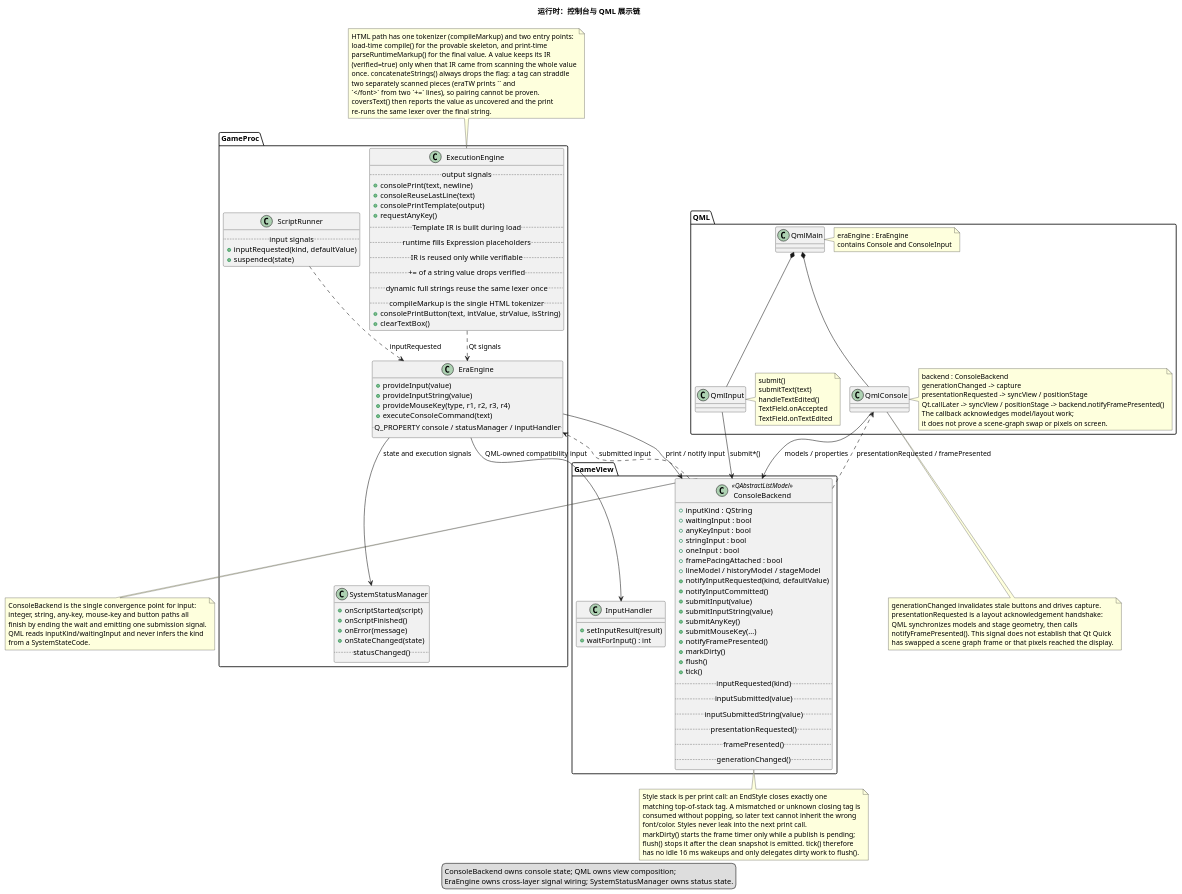
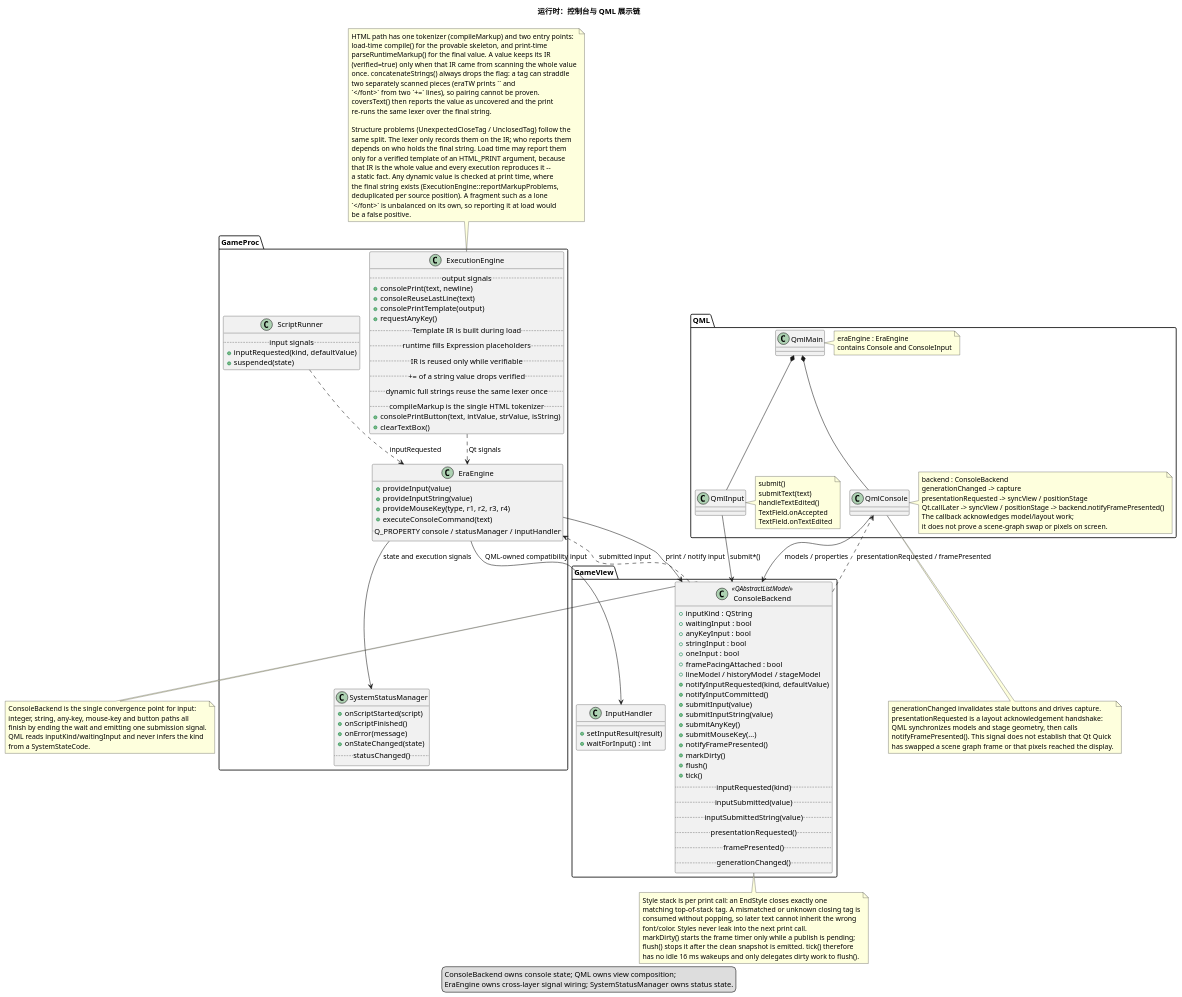
One commit to yigekuyou/qt-eraemu changed the diagram in docs/uml/04-runtime-console-qml.puml. Above: the diagram before and after it, drawn with PlantUML. The commit also changed 8 other files, not shown here.

```diff
--- a/docs/uml/04-runtime-console-qml.puml
+++ b/docs/uml/04-runtime-console-qml.puml
@@ -1,165 +1,176 @@
 @startuml 04-runtime-console-qml
 !pragma layout smetana
 ' 运行时责任 3/4：输出、输入桥接与 QML 呈现
 ' 来源：eraengine.cpp, GameProc/execution_engine.h, GameView/console_backend.h,
 '       GameView/system_status_manager.h, GameView/input_handler.h, qml/Console.qml,
 '       qml/ConsoleInput.qml
 
 title 运行时：控制台与 QML 展示链
 
 package "GameProc" {
   class ExecutionEngine {
     .. output signals ..
     + consolePrint(text, newline)
     + consoleReuseLastLine(text)
     + consolePrintTemplate(output)
     + requestAnyKey()
     .. Template IR is built during load ..
     .. runtime fills Expression placeholders ..
     .. IR is reused only while verifiable ..
     .. += of a string value drops verified ..
     .. dynamic full strings reuse the same lexer once ..
     .. compileMarkup is the single HTML tokenizer ..
     + consolePrintButton(text, intValue, strValue, isString)
     + clearTextBox()
   }
 
   class ScriptRunner {
     .. input signals ..
     + inputRequested(kind, defaultValue)
     + suspended(state)
   }
 
   class EraEngine {
     + provideInput(value)
     + provideInputString(value)
     + provideMouseKey(type, r1, r2, r3, r4)
     + executeConsoleCommand(text)
     .. Q_PROPERTY console / statusManager / inputHandler ..
   }
 
   class SystemStatusManager {
     + onScriptStarted(script)
     + onScriptFinished()
     + onError(message)
     + onStateChanged(state)
     .. statusChanged() ..
   }
 }
 
 package "GameView" {
   class ConsoleBackend <<QAbstractListModel>> {
     + inputKind : QString
     + waitingInput : bool
     + anyKeyInput : bool
     + stringInput : bool
     + oneInput : bool
     + framePacingAttached : bool
     + lineModel / historyModel / stageModel
     + notifyInputRequested(kind, defaultValue)
     + notifyInputCommitted()
     + submitInput(value)
     + submitInputString(value)
     + submitAnyKey()
     + submitMouseKey(...)
     + notifyFramePresented()
     + markDirty()
     + flush()
     + tick()
     .. inputRequested(kind) ..
     .. inputSubmitted(value) ..
     .. inputSubmittedString(value) ..
     .. presentationRequested() ..
     .. framePresented() ..
     .. generationChanged() ..
   }
 
   class InputHandler {
     + setInputResult(result)
     + waitForInput() : int
   }
 }
 
 package "QML" {
   class QmlConsole
   class QmlInput
   class QmlMain
 
   note right of QmlConsole
     backend : ConsoleBackend
     generationChanged -> capture
     presentationRequested -> syncView / positionStage
     Qt.callLater -> syncView / positionStage -> backend.notifyFramePresented()
     The callback acknowledges model/layout work;
     it does not prove a scene-graph swap or pixels on screen.
   end note
 
   note right of QmlInput
     submit()
     submitText(text)
     handleTextEdited()
     TextField.onAccepted
     TextField.onTextEdited
   end note
 
   note right of QmlMain
     eraEngine : EraEngine
     contains Console and ConsoleInput
   end note
 }
 
 ExecutionEngine ..> EraEngine : Qt signals
 ScriptRunner ..> EraEngine : inputRequested
 EraEngine --> ConsoleBackend : print / notify input
 ConsoleBackend ..> EraEngine : submitted input
 EraEngine --> SystemStatusManager : state and execution signals
 EraEngine --> InputHandler : QML-owned compatibility input
 QmlMain *-- QmlConsole
 QmlMain *-- QmlInput
 QmlConsole --> ConsoleBackend : models / properties
 QmlInput --> ConsoleBackend : submit*()
 ConsoleBackend ..> QmlConsole : presentationRequested / framePresented
 
 note right of ConsoleBackend
   ConsoleBackend is the single convergence point for input:
   integer, string, any-key, mouse-key and button paths all
   finish by ending the wait and emitting one submission signal.
   QML reads inputKind/waitingInput and never infers the kind
   from a SystemStateCode.
 end note
 
 note top of ExecutionEngine
   HTML path has one tokenizer (compileMarkup) and two entry points:
   load-time compile() for the provable skeleton, and print-time
   parseRuntimeMarkup() for the final value. A value keeps its IR
   (verified=true) only when that IR came from scanning the whole value
   once. concatenateStrings() always drops the flag: a tag can straddle
   two separately scanned pieces (eraTW prints `<font ...>` and
   `</font>` from two `+=` lines), so pairing cannot be proven.
   coversText() then reports the value as uncovered and the print
   re-runs the same lexer over the final string.
+
+  Structure problems (UnexpectedCloseTag / UnclosedTag) follow the
+  same split. The lexer only records them on the IR; who reports them
+  depends on who holds the final string. Load time may report them
+  only for a verified template of an HTML_PRINT argument, because
+  that IR is the whole value and every execution reproduces it --
+  a static fact. Any dynamic value is checked at print time, where
+  the final string exists (ExecutionEngine::reportMarkupProblems,
+  deduplicated per source position). A fragment such as a lone
+  `</font>` is unbalanced on its own, so reporting it at load would
+  be a false positive.
 end note
 
 note bottom of QmlConsole
   generationChanged invalidates stale buttons and drives capture.
   presentationRequested is a layout acknowledgement handshake:
   QML synchronizes models and stage geometry, then calls
   notifyFramePresented(). This signal does not establish that Qt Quick
   has swapped a scene graph frame or that pixels reached the display.
 end note
 
 note bottom of ConsoleBackend
   Style stack is per print call: an EndStyle closes exactly one
   matching top-of-stack tag. A mismatched or unknown closing tag is
   consumed without popping, so later text cannot inherit the wrong
   font/color. Styles never leak into the next print call.
   markDirty() starts the frame timer only while a publish is pending;
   flush() stops it after the clean snapshot is emitted. tick() therefore
   has no idle 16 ms wakeups and only delegates dirty work to flush().
 end note
 
 legend bottom
   ConsoleBackend owns console state; QML owns view composition;
   EraEngine owns cross-layer signal wiring; SystemStatusManager owns status state.
 endlegend
 @enduml
```
